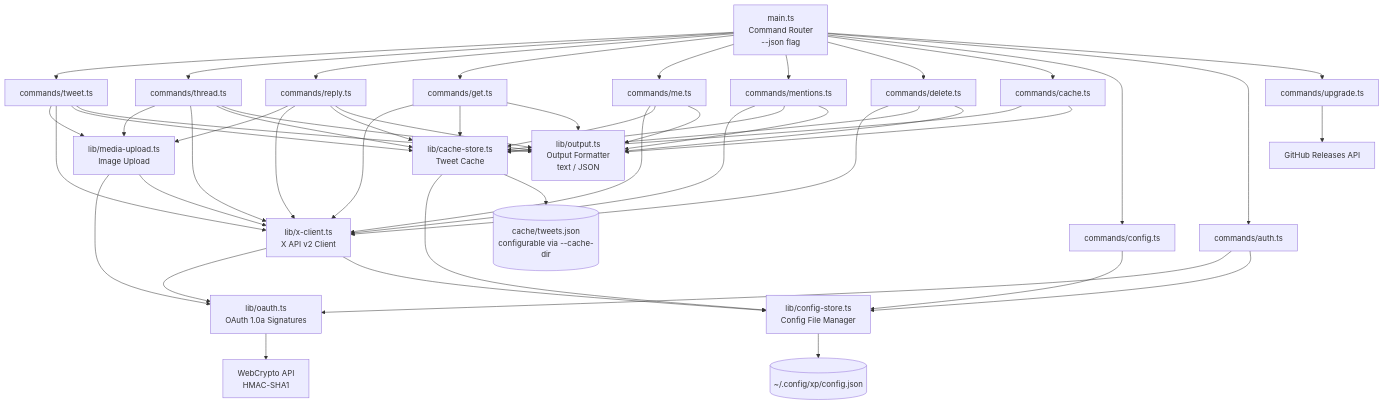
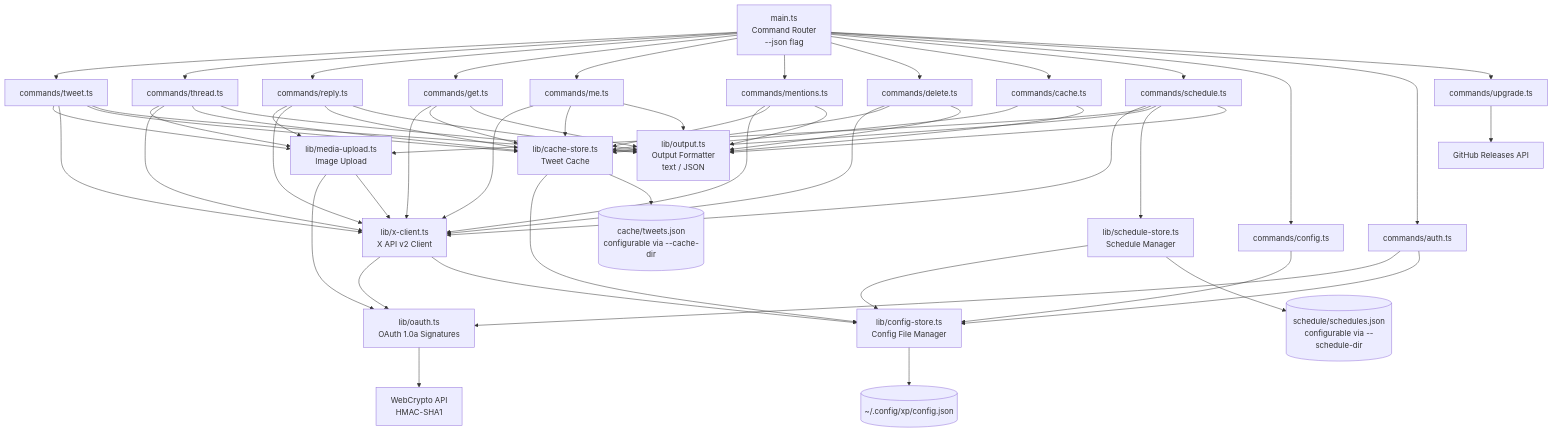
One commit to tawachan/xp changed the fourth of 4 diagrams in README.md. Above: the diagram before and after it, drawn with Mermaid. The commit also changed other lines of this file and 10 other files, not shown here.

````diff
--- a/README.md
+++ b/README.md
@@ -336,60 +363,69 @@
 ```mermaid
 graph TD
     A[main.ts<br/>Command Router<br/>--json flag] --> B[commands/tweet.ts]
     A --> C[commands/thread.ts]
     A --> R[commands/reply.ts]
     A --> GT[commands/get.ts]
     A --> M[commands/me.ts]
     A --> MN[commands/mentions.ts]
     A --> D[commands/delete.ts]
     A --> CA[commands/cache.ts]
+    A --> SC[commands/schedule.ts]
     A --> E[commands/config.ts]
     A --> F[commands/auth.ts]
     A --> U[commands/upgrade.ts]
 
     B --> MU[lib/media-upload.ts<br/>Image Upload]
     C --> MU
     R --> MU
 
     B --> G[lib/x-client.ts<br/>X API v2 Client]
     C --> G
     R --> G
     GT --> G
     M --> G
     MN --> G
     D --> G
     F --> H[lib/oauth.ts<br/>OAuth 1.0a Signatures]
 
     MU --> H
     MU --> G
 
     G --> H
     G --> I[lib/config-store.ts<br/>Config File Manager]
     F --> I
     E --> I
 
     GT --> CS[lib/cache-store.ts<br/>Tweet Cache]
     M --> CS
     MN --> CS
     B --> CS
     C --> CS
     R --> CS
     D --> CS
     CA --> CS
 
+    SC --> G
+    SC --> MU
+    SC --> CS
+    SC --> SS[lib/schedule-store.ts<br/>Schedule Manager]
+    SS --> I
+
     CS --> I
 
     B --> J[lib/output.ts<br/>Output Formatter<br/>text / JSON]
     C --> J
     R --> J
     GT --> J
     M --> J
     MN --> J
     D --> J
     CA --> J
+    SC --> J
 
     I --> K[(~/.config/xp/config.json)]
     CS --> KCS[(cache/tweets.json<br/>configurable via --cache-dir)]
+    SS --> KSS[(schedule/schedules.json<br/>configurable via --schedule-dir)]
     H --> L[WebCrypto API<br/>HMAC-SHA1]
     U --> GH[GitHub Releases API]
 ```
````
